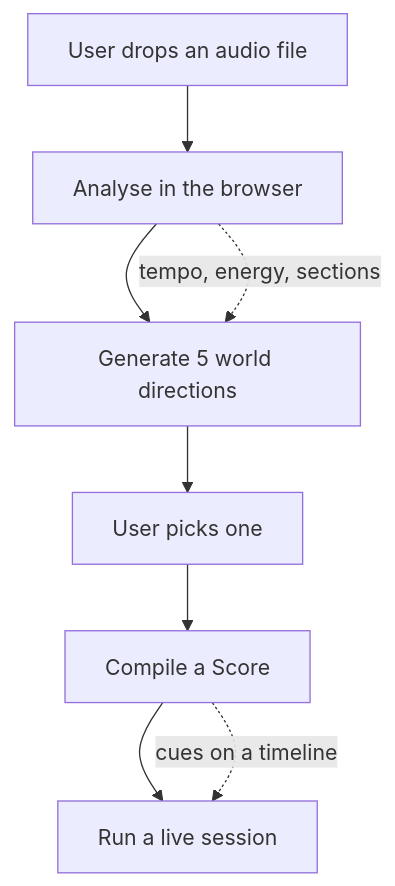
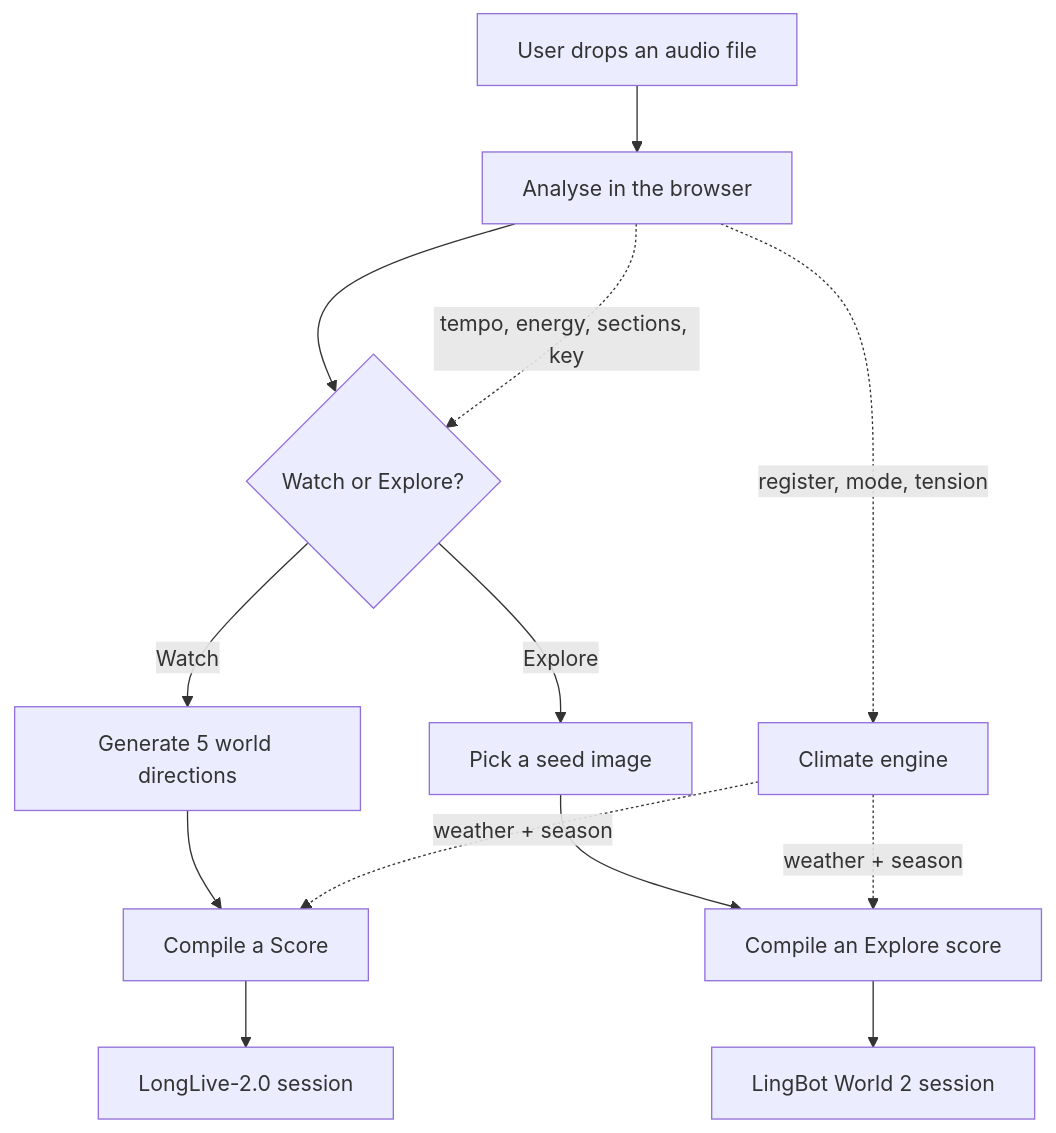
One commit to CodewMilan/wm changed the first of 5 diagrams in worldscore/ARCHITECTURE.md. Above: the diagram before and after it, drawn with Mermaid. The commit also changed other lines of this file and 2 other files, not shown here.

Commit message:
feat: enhance Explore mode with camera settling logic and improved user experience in ExplorePlayer component

````diff
--- a/worldscore/ARCHITECTURE.md
+++ b/worldscore/ARCHITECTURE.md
@@ -9,11 +13,16 @@
 ```mermaid
 flowchart TD
     A[User drops an audio file] --> B[Analyse in the browser]
-    B --> C[Generate 5 world directions]
-    C --> D[User picks one]
-    D --> E[Compile a Score]
-    E --> F[Run a live session]
+    B --> C{Watch or Explore?}
+    C -->|Watch| D[Generate 5 world directions]
+    C -->|Explore| E[Pick a seed image]
+    D --> F[Compile a Score]
+    E --> G[Compile an Explore score]
+    F --> H[LongLive-2.0 session]
+    G --> I[LingBot World 2 session]
 
-    B -.->|tempo, energy, sections| C
-    E -.->|cues on a timeline| F
+    B -.->|tempo, energy, sections, key| C
+    B -.->|register, mode, tension| J[Climate engine]
+    J -.->|weather + season| F
+    J -.->|weather + season| G
 ```
````
